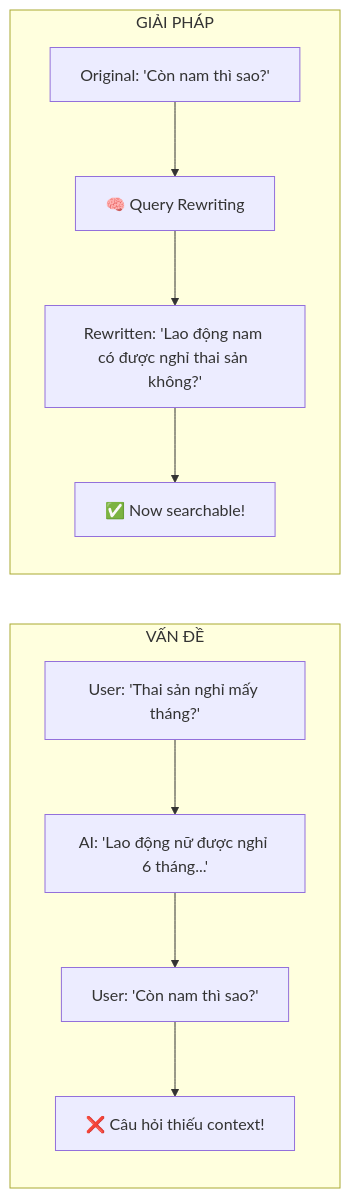
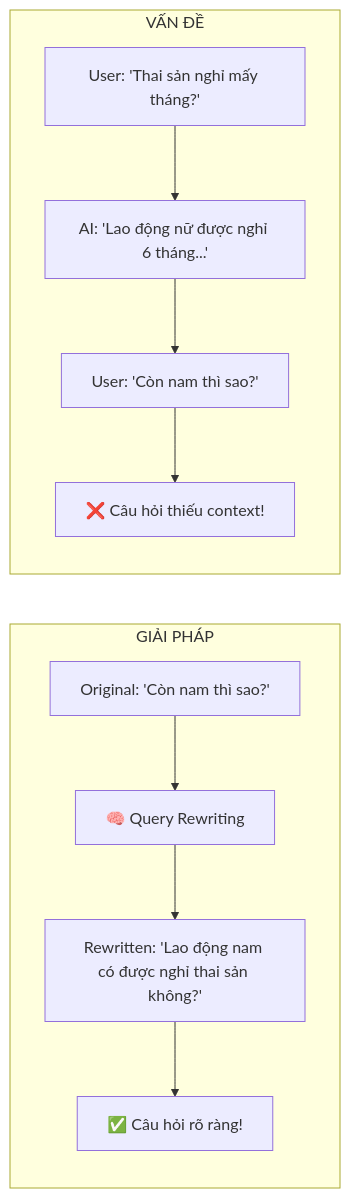
One commit to doananhhung/chat-bot-law changed the first of 2 diagrams in presentation_slides/pages/member3.md. Above: the diagram before and after it, drawn with Mermaid. The commit also changed other lines of this file and 9 other files, not shown here.

````diff
--- a/presentation_slides/pages/member3.md
+++ b/presentation_slides/pages/member3.md
@@ -158,19 +158,19 @@
 ```mermaid
 flowchart LR
+    subgraph Solution["GIẢI PHÁP"]
+        E["Original: 'Còn nam thì sao?'"]
+        F["🧠 Query Rewriting"]
+        G["Rewritten: 'Lao động nam có được nghỉ thai sản không?'"]
+        H["✅ Câu hỏi rõ ràng!"]
+    end
+    
     subgraph Problem["VẤN ĐỀ"]
         A["User: 'Thai sản nghỉ mấy tháng?'"]
         B["AI: 'Lao động nữ được nghỉ 6 tháng...'"]
         C["User: 'Còn nam thì sao?'"]
         D["❌ Câu hỏi thiếu context!"]
     end
     
-    subgraph Solution["GIẢI PHÁP"]
-        E["Original: 'Còn nam thì sao?'"]
-        F["🧠 Query Rewriting"]
-        G["Rewritten: 'Lao động nam có được nghỉ thai sản không?'"]
-        H["✅ Now searchable!"]
-    end
-    
     A --> B --> C --> D
     E --> F --> G --> H
 ```
````
